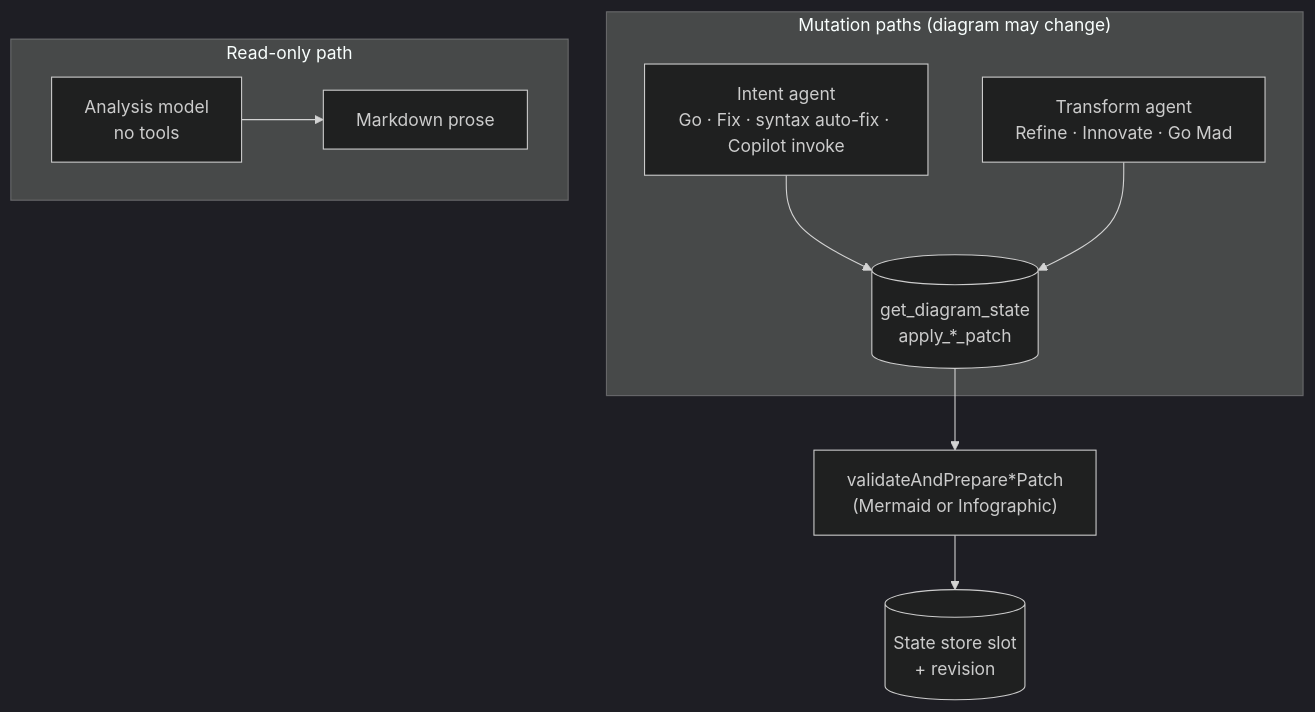
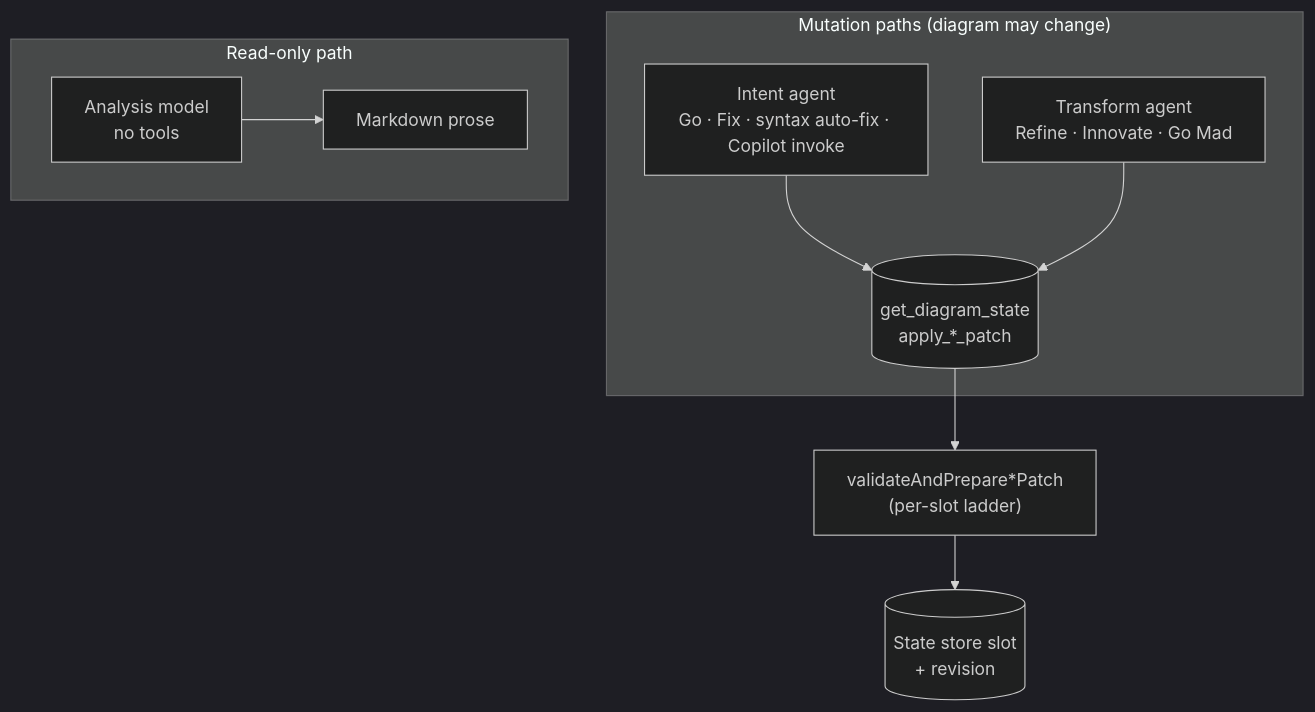
One commit to acuhlmann/mermaid-gen changed the second of 2 diagrams in docs/guide/agents.md. Above: the diagram before and after it, drawn with Mermaid (dark theme). The commit also changed other lines of this file and 7 other files, not shown here.

````diff
--- a/docs/guide/agents.md
+++ b/docs/guide/agents.md
@@ -29,17 +32,17 @@
 ```mermaid
 flowchart TB
   subgraph mutation ["Mutation paths (diagram may change)"]
     I[Intent agent\nGo · Fix · syntax auto-fix · Copilot invoke]
     T[Transform agent\nRefine · Innovate · Go Mad]
     I --> Tools[(get_diagram_state\napply_*_patch)]
     T --> Tools
   end
 
   subgraph readonly ["Read-only path"]
     A[Analysis model\nno tools]
     A --> Text[Markdown prose]
   end
 
-  Tools --> V["validateAndPrepare*Patch\n(Mermaid or Infographic)"]
+  Tools --> V["validateAndPrepare*Patch\n(per-slot ladder)"]
   V --> SS[(State store slot\n+ revision)]
 ```
````
